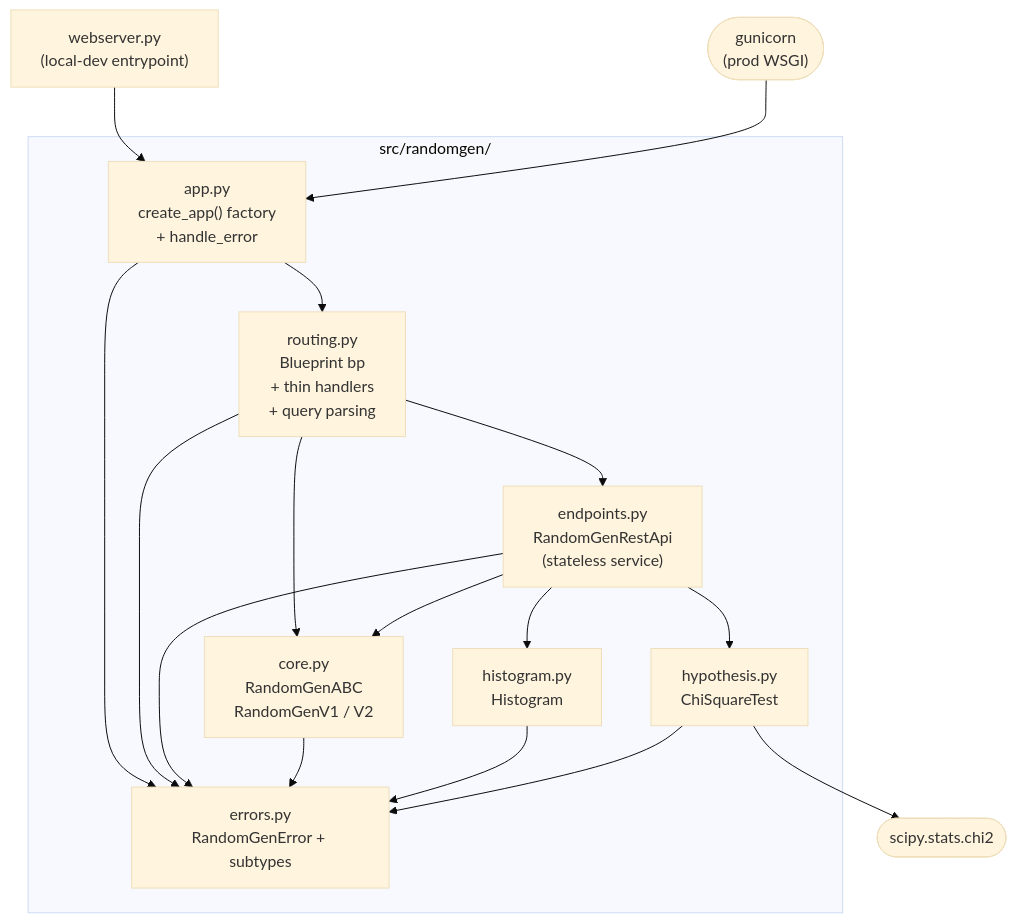
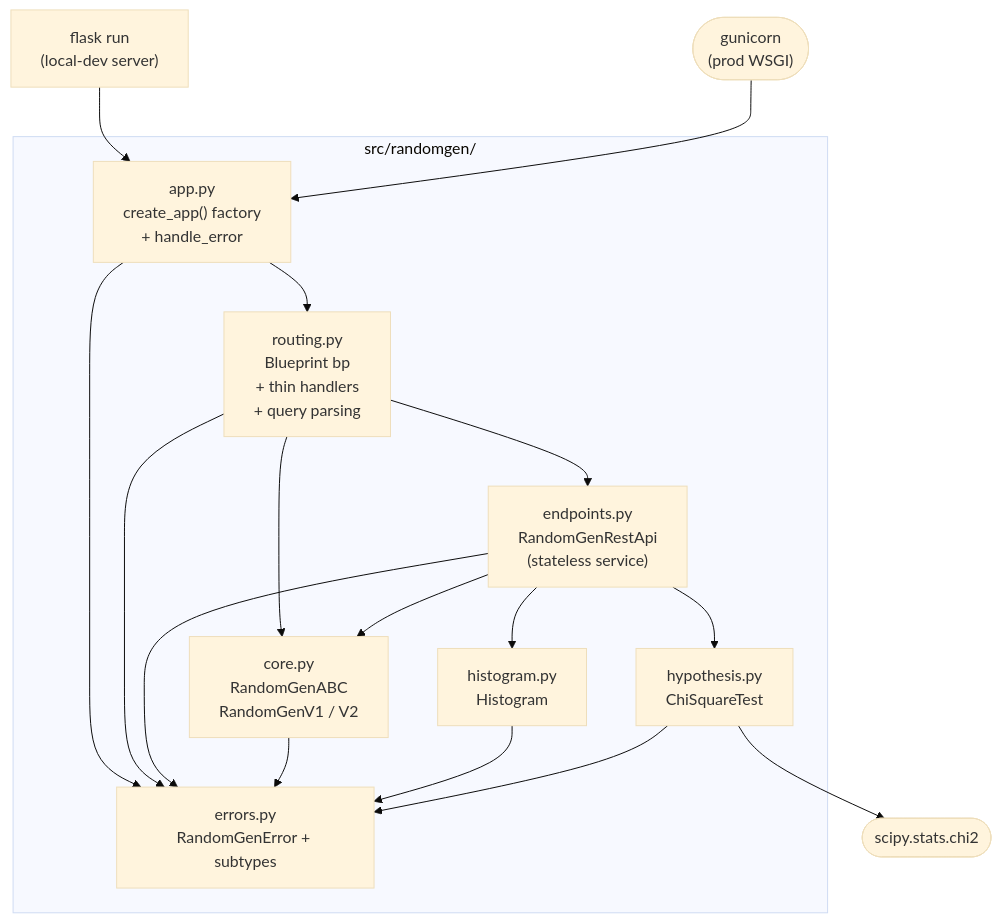
One commit to braboj/demo-randomgen changed the diagram in docs/arc42/05-building-block-view.md. Above: the diagram before and after it, drawn with Mermaid (base theme). The commit also changed 13 other files, not shown here.

First line of the commit message:
chore: remove webserver.py entrypoint and dead scripts; use flask run in docs

````diff
--- a/docs/arc42/05-building-block-view.md
+++ b/docs/arc42/05-building-block-view.md
@@ -8,33 +8,33 @@
 ```mermaid
 flowchart TD
-    webserver["webserver.py<br/>(local-dev entrypoint)"]
+    flaskcli["flask run<br/>(local-dev server)"]
     gunicorn(["gunicorn<br/>(prod WSGI)"])
 
     subgraph pkg["src/randomgen/"]
         app["app.py<br/>create_app() factory<br/>+ handle_error"]
         routing["routing.py<br/>Blueprint bp<br/>+ thin handlers<br/>+ query parsing"]
         endpoints["endpoints.py<br/>RandomGenRestApi<br/>(stateless service)"]
         core["core.py<br/>RandomGenABC<br/>RandomGenV1 / V2"]
         histogram["histogram.py<br/>Histogram"]
         hypothesis["hypothesis.py<br/>ChiSquareTest"]
         errors["errors.py<br/>RandomGenError + subtypes"]
     end
 
     scipy(["scipy.stats.chi2"])
 
-    webserver --> app
+    flaskcli --> app
     gunicorn --> app
     app --> routing
     app --> errors
     routing --> endpoints
     routing --> core
     routing --> errors
     endpoints --> core
     endpoints --> histogram
     endpoints --> hypothesis
     endpoints --> errors
     core --> errors
     histogram --> errors
     hypothesis --> errors
     hypothesis --> scipy
 ```
````
